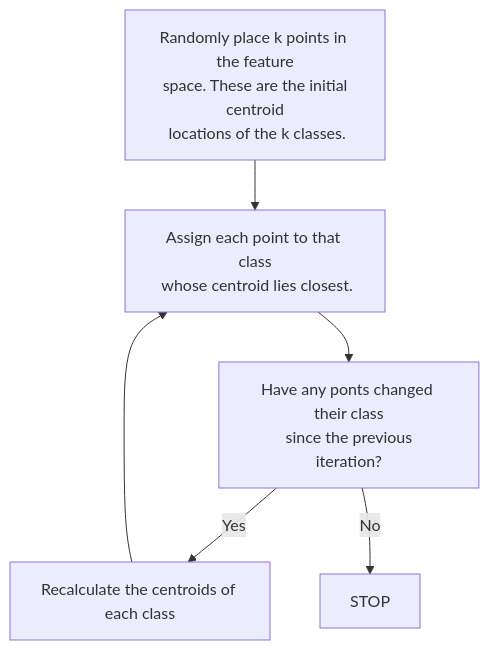
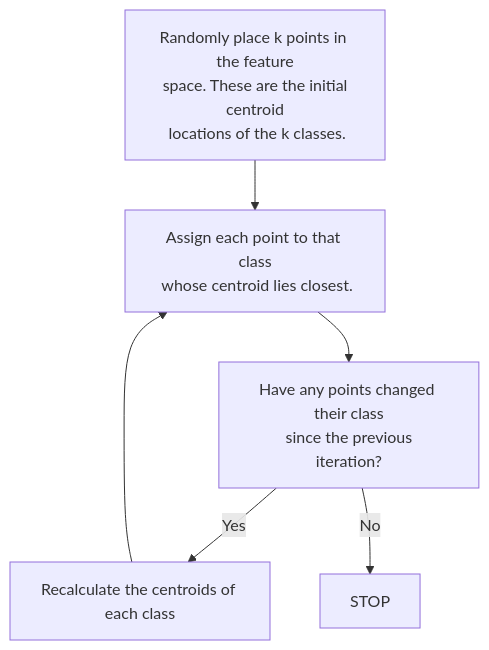
One commit to FrankLawrence/Obsidian-Vault changed the diagram in Computer Programming/Pervasive Computing/Percom 8 Classification III.md. Above: the diagram before and after it, drawn with Mermaid. The commit also changed other lines of this file and 39 other files, not shown here.

````diff
--- a/Computer Programming/Pervasive Computing/Percom 8 Classification III.md
+++ b/Computer Programming/Pervasive Computing/Percom 8 Classification III.md
@@ -57,8 +58,8 @@
 ```mermaid
 flowchart TD
 	A[Randomly place k points in the feature\n space. These are the initial centroid\n locations of the k classes.] --> B
 	B[Assign each point to that class\n whose centroid lies closest.] --> C
-	C[Have any ponts changed their class\n since the previous iteration?] -- Yes --> D
+	C[Have any points changed their class\n since the previous iteration?] -- Yes --> D
 	D[Recalculate the centroids of each class] --> B
 	C -- No --> E[STOP]
 ```
````
